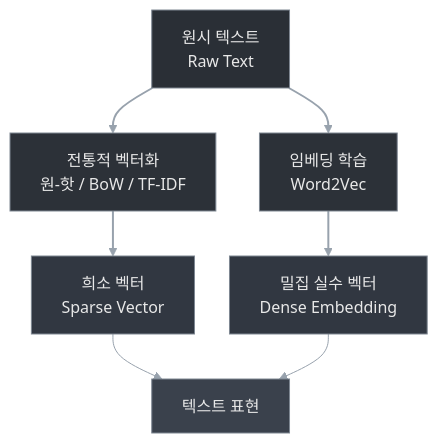
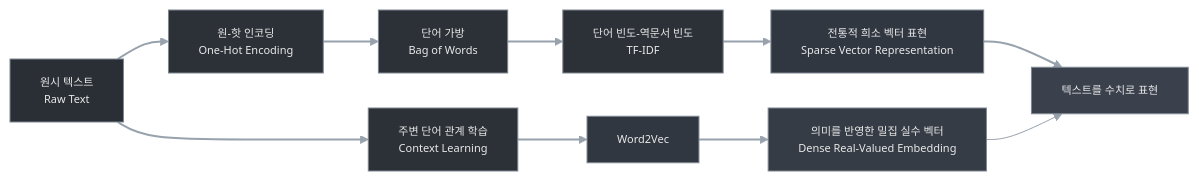
Before and after one commit to chanslab/note: the diagram in 500.Projects/이론부터 실전까지 AI에이전트 완벽 마스터/1장 딥러닝으로 텍스트 데이터 분석하기.md, drawn with Mermaid.

Commit message:
vault backup: 2026-04-19 18:54:30

````diff
--- a/500.Projects/이론부터 실전까지 AI에이전트 완벽 마스터/1장 딥러닝으로 텍스트 데이터 분석하기.md
+++ b/500.Projects/이론부터 실전까지 AI에이전트 완벽 마스터/1장 딥러닝으로 텍스트 데이터 분석하기.md
@@ -15,51 +14,62 @@
 ```mermaid
 %%{init: {
   "theme": "base",
   "themeVariables": {
     "background": "#1e1e1e",
     "primaryColor": "#2a2f36",
     "primaryTextColor": "#e8e8e8",
     "primaryBorderColor": "#7e8792",
     "lineColor": "#98a2ad",
     "secondaryColor": "#252a31",
     "tertiaryColor": "#20252b",
     "mainBkg": "#2a2f36",
     "nodeBorder": "#7e8792",
     "clusterBkg": "#23272e",
     "clusterBorder": "#5f6975",
     "edgeLabelBackground": "#2b3038",
-    "fontSize": "16px"
+    "fontSize": "11px"
   },
   "flowchart": {
     "curve": "basis",
     "htmlLabels": true,
     "nodeSpacing": 35,
     "rankSpacing": 45
   }
 } }%%
 
-flowchart TD
+flowchart LR
 
     A["원시 텍스트<br/>Raw Text"]
 
-    A --> B["전통적 벡터화<br/>원-핫 / BoW / TF-IDF"]
-    A --> C["임베딩 학습<br/>Word2Vec"]
+    A --> B["원-핫 인코딩<br/>One-Hot Encoding"]
+    B --> C["단어 가방<br/>Bag of Words"]
+    C --> D["단어 빈도-역문서 빈도<br/>TF-IDF"]
+    D --> E["전통적 희소 벡터 표현<br/>Sparse Vector Representation"]
 
-    B --> D["희소 벡터<br/>Sparse Vector"]
-    C --> E["밀집 실수 벡터<br/>Dense Embedding"]
+    A --> F["주변 단어 관계 학습<br/>Context Learning"]
+    F --> G["Word2Vec"]
+    G --> H["의미를 반영한 밀집 실수 벡터<br/>Dense Real-Valued Embedding"]
 
-    D --> F["텍스트 표현"]
-    E --> F
+    E --> I["텍스트를 수치로 표현"]
+    H --> I
 
     style A fill:#2a2f36,stroke:#7e8792,stroke-width:1px,color:#e8e8e8
     style B fill:#2c3138,stroke:#7e8792,stroke-width:1px,color:#e8e8e8
     style C fill:#2c3138,stroke:#7e8792,stroke-width:1px,color:#e8e8e8
-    style D fill:#313741,stroke:#7e8792,stroke-width:1px,color:#e8e8e8
+    style D fill:#2c3138,stroke:#7e8792,stroke-width:1px,color:#e8e8e8
     style E fill:#313741,stroke:#7e8792,stroke-width:1px,color:#e8e8e8
-    style F fill:#3a414c,stroke:#7e8792,stroke-width:1px,color:#e8e8e8
+    style F fill:#2c3138,stroke:#7e8792,stroke-width:1px,color:#e8e8e8
+    style G fill:#313741,stroke:#7e8792,stroke-width:1px,color:#e8e8e8
+    style H fill:#353c46,stroke:#7e8792,stroke-width:1px,color:#e8e8e8
+    style I fill:#3a414c,stroke:#7e8792,stroke-width:1px,color:#e8e8e8
 
     linkStyle 0 stroke:#98a2ad,stroke-width:2px
     linkStyle 1 stroke:#98a2ad,stroke-width:2px
     linkStyle 2 stroke:#98a2ad,stroke-width:2px
     linkStyle 3 stroke:#98a2ad,stroke-width:2px
+    linkStyle 4 stroke:#98a2ad,stroke-width:2px
+    linkStyle 5 stroke:#98a2ad,stroke-width:2px
+    linkStyle 6 stroke:#98a2ad,stroke-width:2px
+    linkStyle 7 stroke:#98a2ad,stroke-width:2px
+
 ```
````
